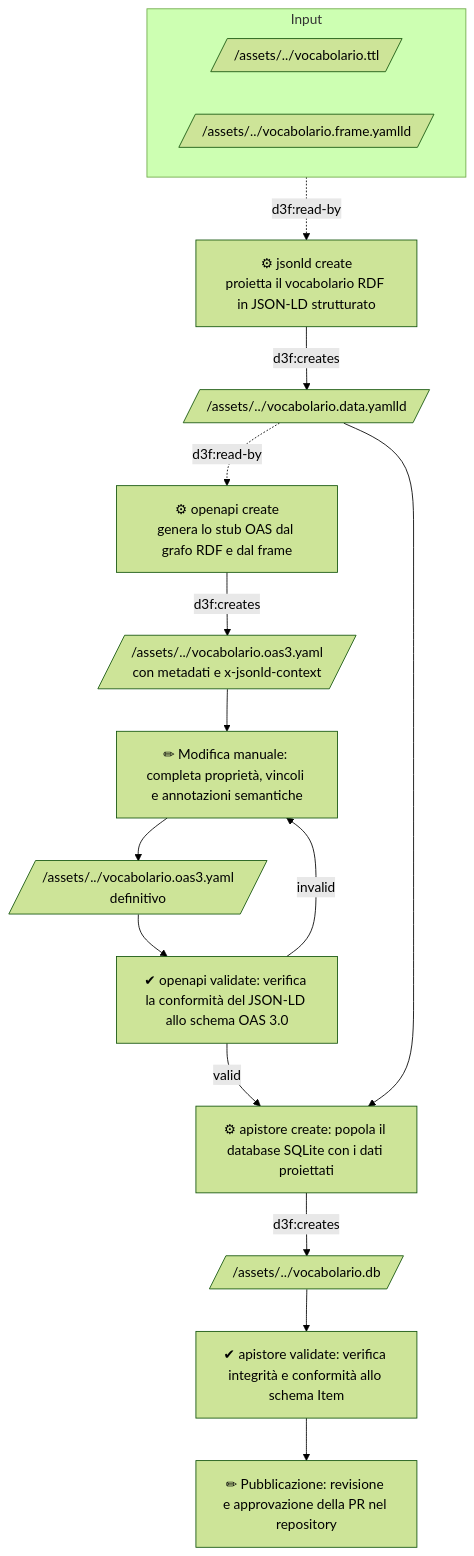
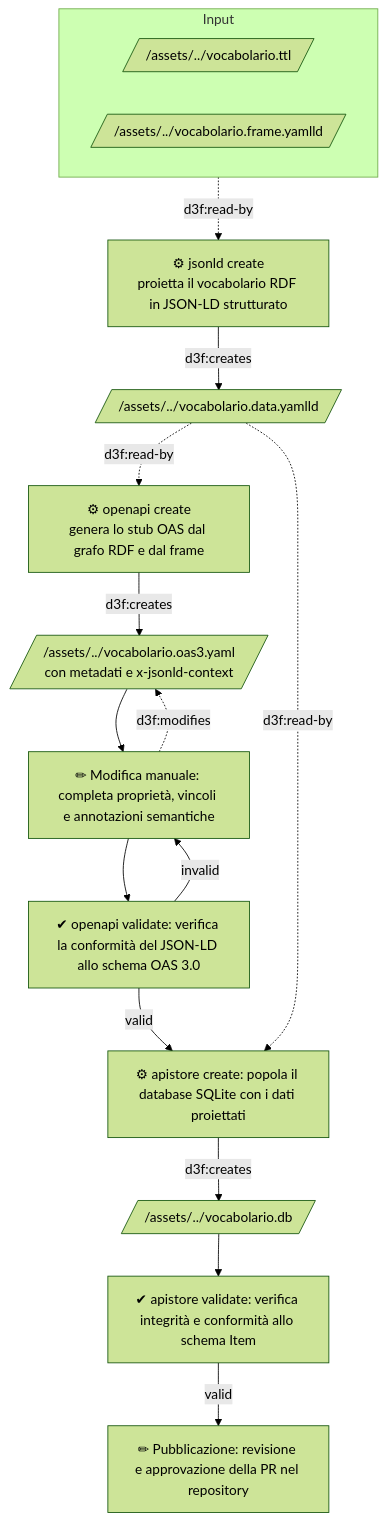
The second of 2 diagrams in docs/manual-api.md (par-tec/dati-semantic-csv-apis), drawn with Mermaid (forest theme) before and after one commit. The commit also changed other lines of this file and 1 other file, not shown here.

````diff
--- a/docs/manual-api.md
+++ b/docs/manual-api.md
@@ -96,32 +106,32 @@
 ```mermaid
 flowchart TD
     subgraph Input
       vocabolario-ttl[/"/assets/../vocabolario.ttl"/]
       vocabolario-frame[/"/assets/../vocabolario.frame.yamlld"/]
     end
     jsonld-create["⚙ jsonld create<br>proietta il vocabolario RDF in JSON-LD strutturato"]
     data-yaml[/"/assets/../vocabolario.data.yamlld"/]
     openapi-create["⚙ openapi create<br>genera lo stub OAS dal grafo RDF e dal frame"]
     oas-stub-yaml[/"/assets/../vocabolario.oas3.yaml<br>con metadati e x-jsonld-context"/]
     edit-oas-stub-yaml["✏ Modifica manuale: completa proprietà, vincoli e annotazioni semantiche"]
-    oas-yaml[/"/assets/../vocabolario.oas3.yaml<br>definitivo"/]
     oas-validate["✔ openapi validate: verifica la conformità del JSON-LD allo schema OAS 3.0"]
-    CreateDB["⚙ apistore create: popola il database SQLite con i dati proiettati"]
+    apistore-create["⚙ apistore create: popola il database SQLite con i dati proiettati"]
     DB[/"/assets/../vocabolario.db"/]
     ValidateDB["✔ apistore validate: verifica integrità e conformità allo schema Item"]
     Publish["✏ Pubblicazione: revisione e approvazione della PR nel repository"]
 
     Input -.->|d3f:read-by| jsonld-create
     jsonld-create
     -->|d3f:creates| data-yaml
     -.->|d3f:read-by| openapi-create
     -->|d3f:creates| oas-stub-yaml
     --> edit-oas-stub-yaml
-    --> oas-yaml
     --> oas-validate -->|invalid| edit-oas-stub-yaml
-    oas-validate -->|valid| CreateDB
-    data-yaml --> CreateDB
-    CreateDB -->|d3f:creates| DB
+    oas-validate -->|valid| apistore-create
+    apistore-create -->|d3f:creates| DB
     DB --> ValidateDB
-    ValidateDB --> Publish
+    ValidateDB -->|valid| Publish
+
+    data-yaml -.->|d3f:read-by| apistore-create
+    edit-oas-stub-yaml -.->|d3f:modifies| oas-stub-yaml
 ```
````
